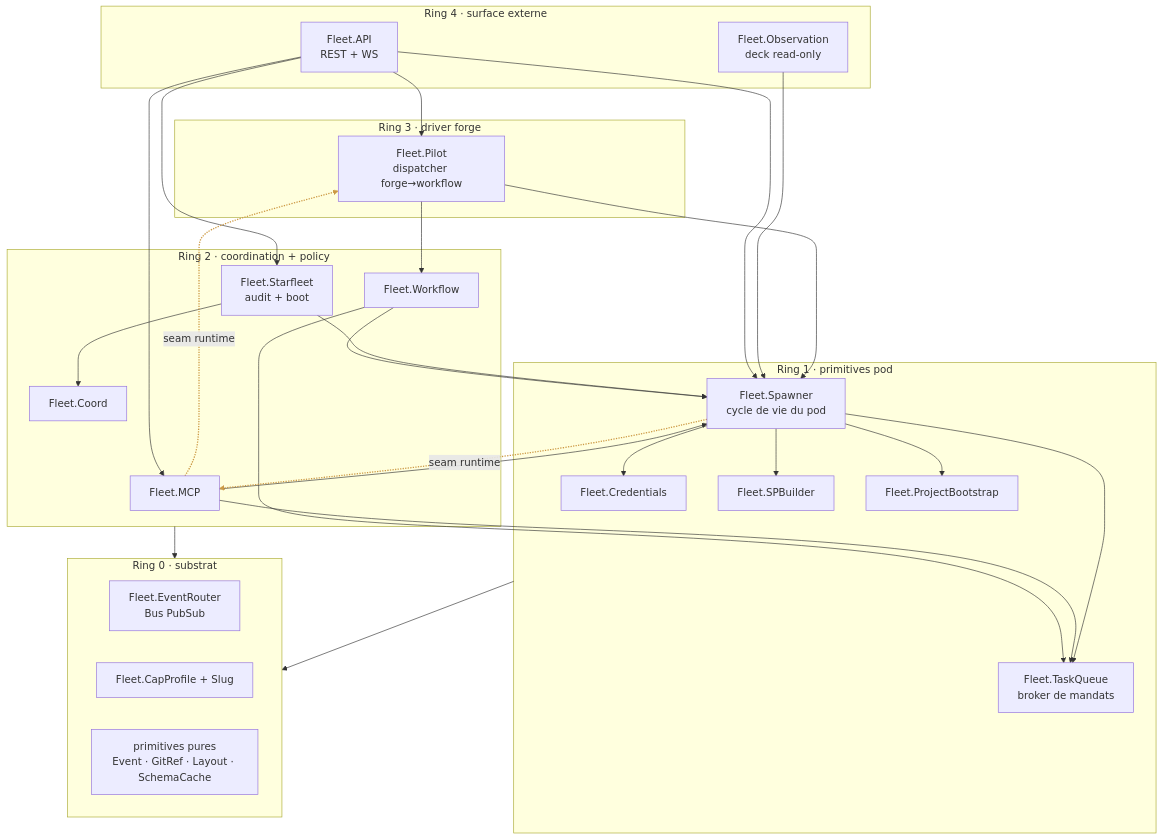
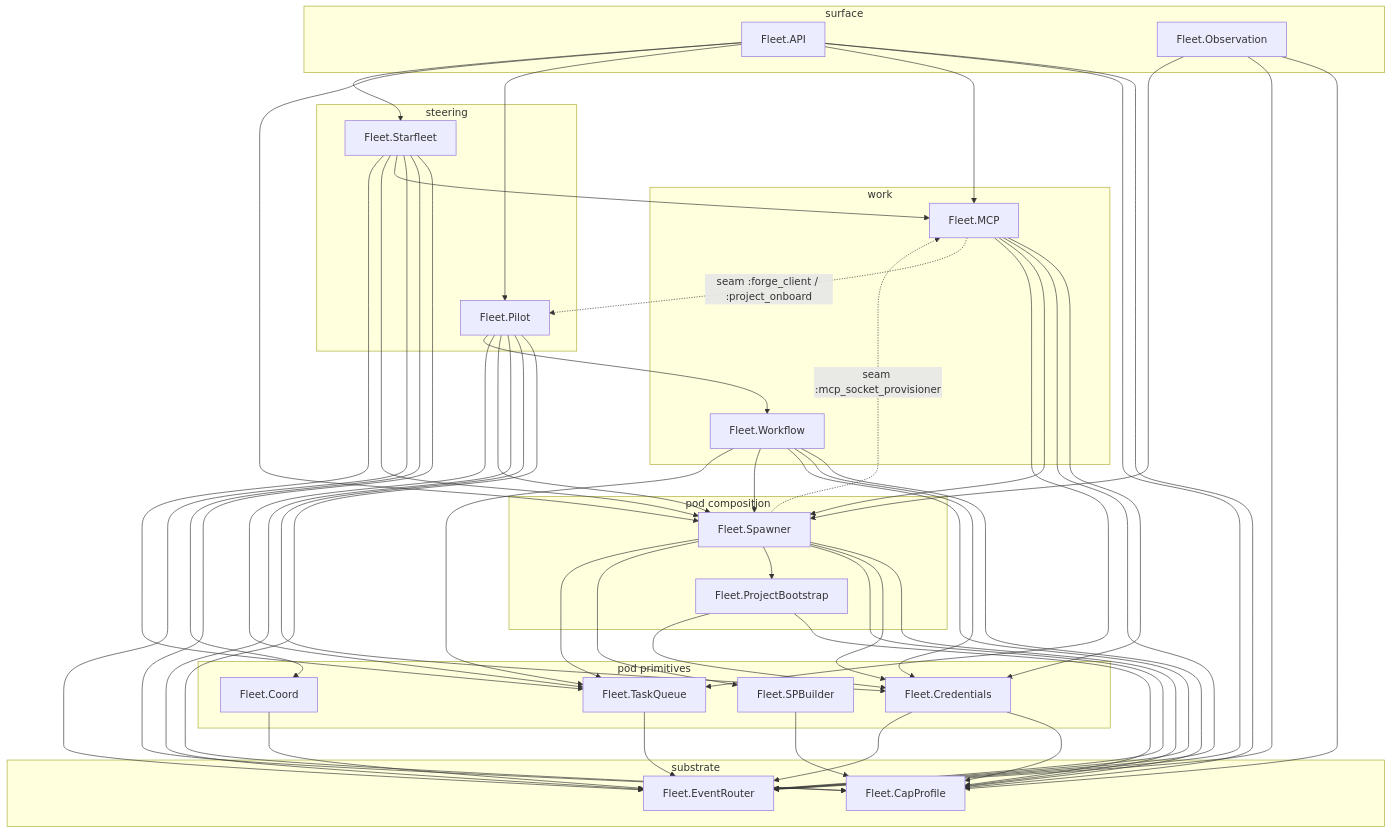
Before and after one commit to zUrp-Embedded/LCARS-fleet: the diagram in fleet/runtime/README.md, drawn with Mermaid. The commit also changed other lines of this file and 2 other files, not shown here.

Commit message:
refactor(doc) — root README joins the generated topology: mermaid as second output of lcars.topology
The root README carried its own hand-drawn ring diagram (yet another
numbering scale) — missed by the vocabulary pass, caught by the user. It
is now the second output of mix lcars.topology (mermaid between markers,
gate-checked like the table): subgraphs = layers, solid = declared compile
deps, dotted = the two UPWARD runtime seams; foundation and the OTP root
omitted for readability, named in the caption.

Bonus finding caught by the generated map itself: starfleet→coord is a
DECLARED compile dep — CLAUDE.md wrongly listed :coord_backend among the
forbidden-edge seams. Reclassified: upward seams (mcp_socket_provisioner,
forge_client) vs implementation-injection seams over an existing dep
(coord_backend, launch_backend).

Gate: 1415 tests 0 failures, shell_gate green, contracts 20 pass,
topology pass (both maps), dialyzer pass.

````diff
--- a/fleet/runtime/README.md
+++ b/fleet/runtime/README.md
@@ -27,43 +30,74 @@
 ```mermaid
 flowchart TB
-    subgraph R4["Ring 4 · surface externe"]
-        API["Fleet.API<br/>REST + WS"]
-        OBS["Fleet.Observation<br/>deck read-only"]
+    subgraph surface["surface"]
+        Fleet_API["Fleet.API"]
+        Fleet_Observation["Fleet.Observation"]
     end
-    subgraph R3["Ring 3 · driver forge"]
-        PILOT["Fleet.Pilot<br/>dispatcher forge→workflow"]
+    subgraph steering["steering"]
+        Fleet_Pilot["Fleet.Pilot"]
+        Fleet_Starfleet["Fleet.Starfleet"]
     end
-    subgraph R2["Ring 2 · coordination + policy"]
-        MCP["Fleet.MCP"]
-        WF["Fleet.Workflow"]
-        COORD["Fleet.Coord"]
-        SF["Fleet.Starfleet<br/>audit + boot"]
+    subgraph work["work"]
+        Fleet_MCP["Fleet.MCP"]
+        Fleet_Workflow["Fleet.Workflow"]
     end
-    subgraph R1["Ring 1 · primitives pod"]
-        SPAWN["Fleet.Spawner<br/>cycle de vie du pod"]
-        CRED["Fleet.Credentials"]
-        SPB["Fleet.SPBuilder"]
-        PB["Fleet.ProjectBootstrap"]
-        TQ["Fleet.TaskQueue<br/>broker de mandats"]
+    subgraph pod_composition["pod composition"]
+        Fleet_ProjectBootstrap["Fleet.ProjectBootstrap"]
+        Fleet_Spawner["Fleet.Spawner"]
     end
-    subgraph R0["Ring 0 · substrat"]
-        BUS["Fleet.EventRouter<br/>Bus PubSub"]
-        CAP["Fleet.CapProfile + Slug"]
-        PRIM["primitives pures<br/>Event · GitRef · Layout · SchemaCache"]
+    subgraph pod_primitives["pod primitives"]
+        Fleet_Coord["Fleet.Coord"]
+        Fleet_Credentials["Fleet.Credentials"]
+        Fleet_SPBuilder["Fleet.SPBuilder"]
+        Fleet_TaskQueue["Fleet.TaskQueue"]
     end
-
-    API --> PILOT & MCP & SPAWN & SF
-    OBS --> SPAWN
-    PILOT --> WF & SPAWN
-    WF --> SPAWN & TQ
-    SF --> COORD & SPAWN
-    MCP --> SPAWN & TQ
-    SPAWN --> CRED & SPB & PB & TQ
-    R1 --> R0
-    R2 --> R0
-
-    SPAWN -. "seam runtime" .-> MCP
-    MCP -. "seam runtime" .-> PILOT
-
-    linkStyle 19,20 stroke:#cc9944,stroke-width:2px
+    subgraph substrate["substrate"]
+        Fleet_CapProfile["Fleet.CapProfile"]
+        Fleet_EventRouter["Fleet.EventRouter"]
+    end
+    Fleet_API --> Fleet_CapProfile
+    Fleet_API --> Fleet_EventRouter
+    Fleet_API --> Fleet_MCP
+    Fleet_API --> Fleet_Pilot
+    Fleet_API --> Fleet_Spawner
+    Fleet_API --> Fleet_Starfleet
+    Fleet_Coord --> Fleet_EventRouter
+    Fleet_Credentials --> Fleet_CapProfile
+    Fleet_Credentials --> Fleet_EventRouter
+    Fleet_MCP --> Fleet_Credentials
+    Fleet_MCP --> Fleet_EventRouter
+    Fleet_MCP --> Fleet_Spawner
+    Fleet_MCP --> Fleet_TaskQueue
+    Fleet_Observation --> Fleet_CapProfile
+    Fleet_Observation --> Fleet_EventRouter
+    Fleet_Observation --> Fleet_Spawner
+    Fleet_Pilot --> Fleet_CapProfile
+    Fleet_Pilot --> Fleet_Credentials
+    Fleet_Pilot --> Fleet_EventRouter
+    Fleet_Pilot --> Fleet_Spawner
+    Fleet_Pilot --> Fleet_TaskQueue
+    Fleet_Pilot --> Fleet_Workflow
+    Fleet_ProjectBootstrap --> Fleet_CapProfile
+    Fleet_ProjectBootstrap --> Fleet_Credentials
+    Fleet_SPBuilder --> Fleet_CapProfile
+    Fleet_Spawner --> Fleet_CapProfile
+    Fleet_Spawner --> Fleet_Credentials
+    Fleet_Spawner --> Fleet_EventRouter
+    Fleet_Spawner --> Fleet_ProjectBootstrap
+    Fleet_Spawner --> Fleet_SPBuilder
+    Fleet_Spawner --> Fleet_TaskQueue
+    Fleet_Starfleet --> Fleet_CapProfile
+    Fleet_Starfleet --> Fleet_Coord
+    Fleet_Starfleet --> Fleet_EventRouter
+    Fleet_Starfleet --> Fleet_MCP
+    Fleet_Starfleet --> Fleet_Spawner
+    Fleet_Starfleet --> Fleet_TaskQueue
+    Fleet_TaskQueue --> Fleet_EventRouter
+    Fleet_Workflow --> Fleet_CapProfile
+    Fleet_Workflow --> Fleet_Credentials
+    Fleet_Workflow --> Fleet_EventRouter
+    Fleet_Workflow --> Fleet_Spawner
+    Fleet_Workflow --> Fleet_TaskQueue
+    Fleet_Spawner -. "seam :mcp_socket_provisioner" .-> Fleet_MCP
+    Fleet_MCP -. "seam :forge_client / :project_onboard" .-> Fleet_Pilot
 ```
````
